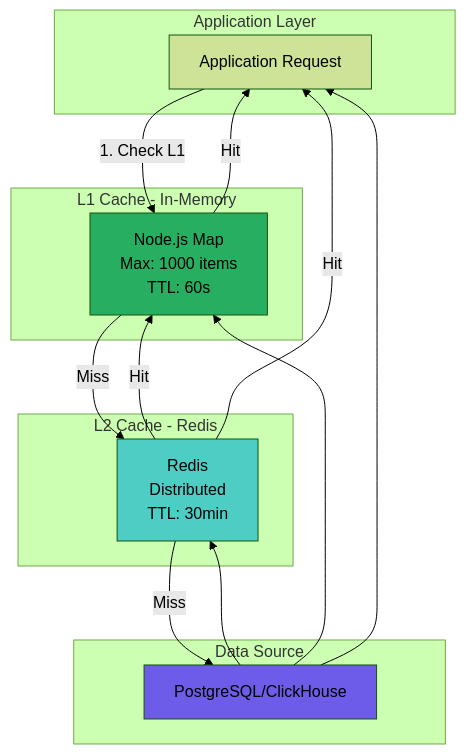
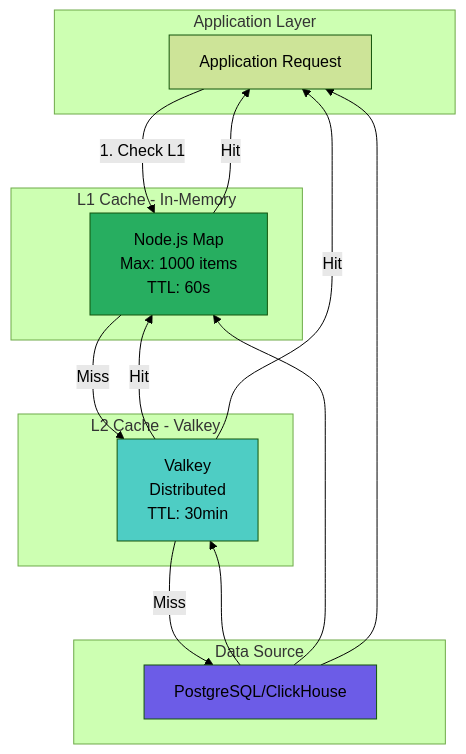
One commit to telemetryflow/telemetryflow-overview changed the second of 8 diagrams in backend/shared/cache.md. Above: the diagram before and after it, drawn with Mermaid (forest theme). The commit also changed other lines of this file and 23 other files, not shown here.

First line of the commit message:
docs: relabel Redis->Valkey in architecture/diagrams/prose (follow-up sweep)

````diff
--- a/backend/shared/cache.md
+++ b/backend/shared/cache.md
@@ -49,32 +49,32 @@
 ```mermaid
 graph TB
     subgraph "Application Layer"
         APP[Application Request]
     end
 
     subgraph "L1 Cache - In-Memory"
         L1[Node.js Map<br/>Max: 1000 items<br/>TTL: 60s]
     end
 
-    subgraph "L2 Cache - Redis"
-        L2[Redis<br/>Distributed<br/>TTL: 30min]
+    subgraph "L2 Cache - Valkey"
+        L2[Valkey<br/>Distributed<br/>TTL: 30min]
     end
 
     subgraph "Data Source"
         DB[PostgreSQL/ClickHouse]
     end
 
     APP -->|1. Check L1| L1
     L1 -->|Hit| APP
     L1 -->|Miss| L2
     L2 -->|Hit| L1
     L2 -->|Hit| APP
     L2 -->|Miss| DB
     DB --> L2
     DB --> L1
     DB --> APP
 
     style L1 fill:#27ae60
     style L2 fill:#4ecdc4
     style DB fill:#6c5ce7
 ```
````
